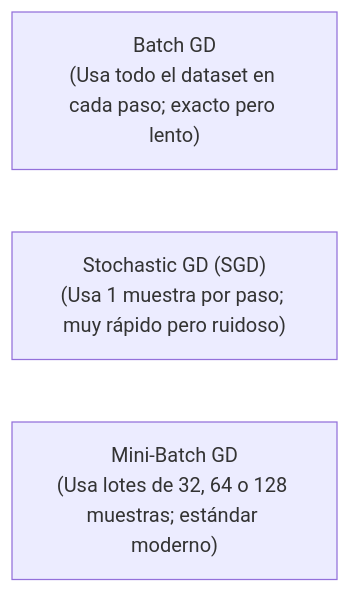
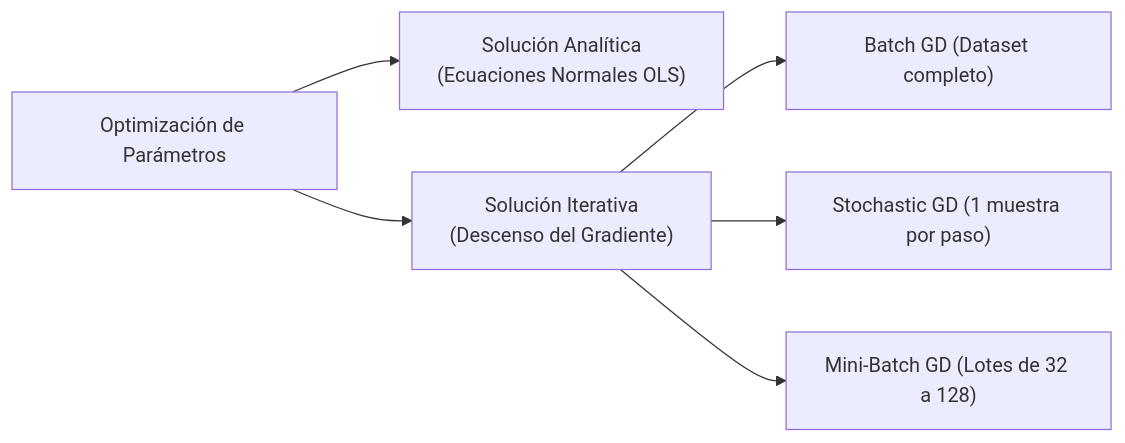
The third of 5 diagrams in guias/04-glosario-ml.md (Gael-OC/machine-learning-2026-02), drawn with Mermaid before and after one commit. The commit also changed other lines of this file and 3 other files, not shown here.

````diff
--- a/guias/04-glosario-ml.md
+++ b/guias/04-glosario-ml.md
@@ -111,6 +104,9 @@
 ```mermaid
 flowchart LR
-    Batch["Batch GD<br/>(Usa todo el dataset en cada paso; exacto pero lento)"]
-    SGD["Stochastic GD (SGD)<br/>(Usa 1 muestra por paso; muy rápido pero ruidoso)"]
-    Mini["Mini-Batch GD<br/>(Usa lotes de 32, 64 o 128 muestras; estándar moderno)"]
+    Sol["Optimización de Parámetros"] --> Ana["Solución Analítica<br/>(Ecuaciones Normales OLS)"]
+    Sol --> Iter["Solución Iterativa<br/>(Descenso del Gradiente)"]
+    
+    Iter --> Batch["Batch GD (Dataset completo)"]
+    Iter --> SGD["Stochastic GD (1 muestra por paso)"]
+    Iter --> Mini["Mini-Batch GD (Lotes de 32 a 128)"]
 ```
````
